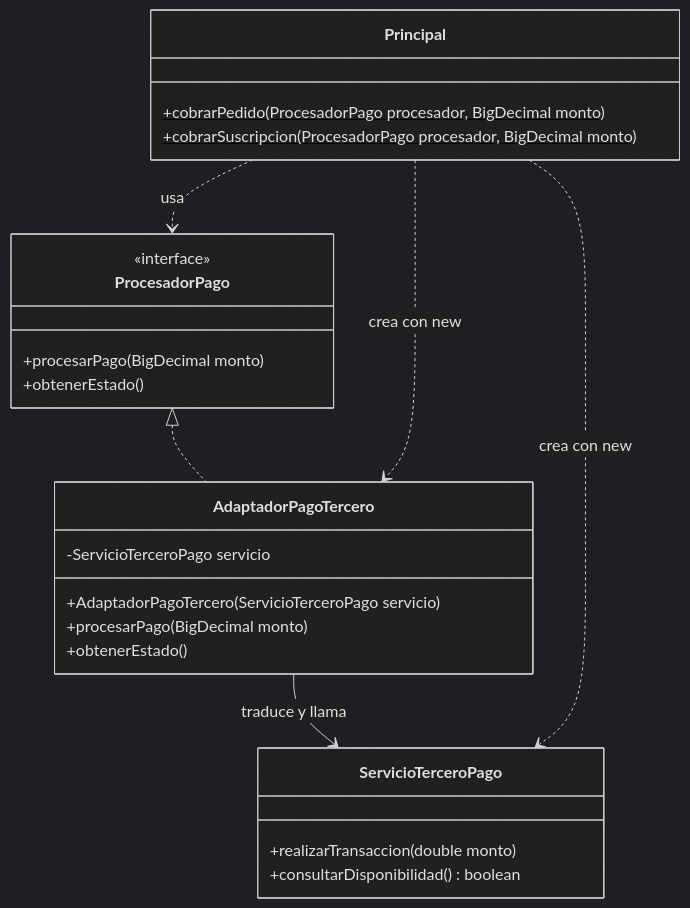
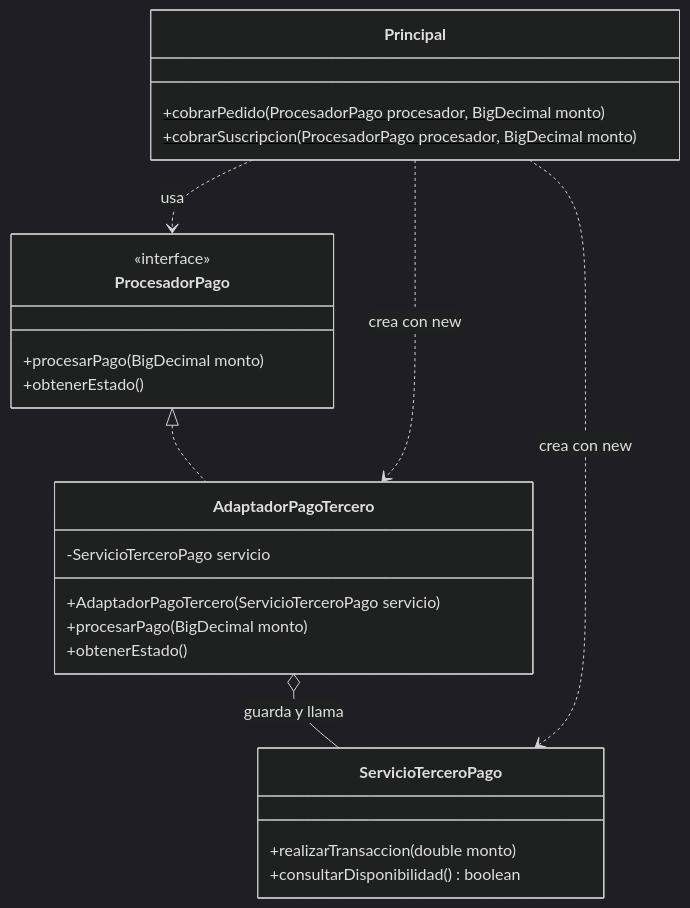
The second of 2 diagrams in 04 - Adapter/README.md (carevalomx69/DesignPatterns), drawn with Mermaid (dark theme) before and after one commit. The commit also changed other lines of this file and 1 other file, not shown here.

First line of the commit message:
Adapter y Builder: aclarar composicion y agregacion en UML

````diff
--- a/04 - Adapter/README.md
+++ b/04 - Adapter/README.md
@@ -164,27 +175,27 @@
 ```mermaid
 classDiagram
     class ProcesadorPago {
         <<interface>>
         +procesarPago(BigDecimal monto)
         +obtenerEstado()
     }
     class ServicioTerceroPago {
         +realizarTransaccion(double monto)
         +consultarDisponibilidad() boolean
     }
     class AdaptadorPagoTercero {
         -ServicioTerceroPago servicio
         +AdaptadorPagoTercero(ServicioTerceroPago servicio)
         +procesarPago(BigDecimal monto)
         +obtenerEstado()
     }
     class Principal {
         +cobrarPedido(ProcesadorPago procesador, BigDecimal monto)$
         +cobrarSuscripcion(ProcesadorPago procesador, BigDecimal monto)$
     }
     ProcesadorPago <|.. AdaptadorPagoTercero
-    AdaptadorPagoTercero --> ServicioTerceroPago : traduce y llama
+    AdaptadorPagoTercero o-- ServicioTerceroPago : guarda y llama
     Principal ..> ProcesadorPago : usa
     Principal ..> AdaptadorPagoTercero : crea con new
     Principal ..> ServicioTerceroPago : crea con new
 ```
````
